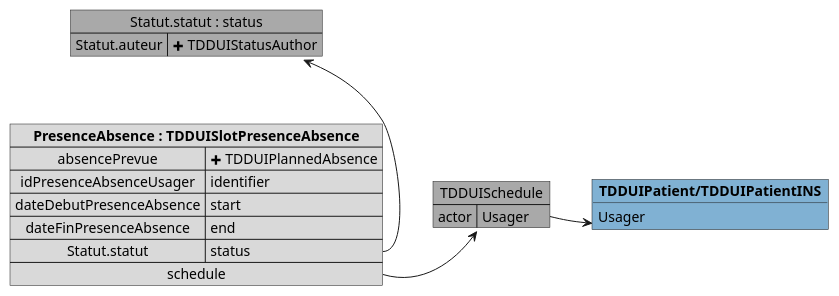
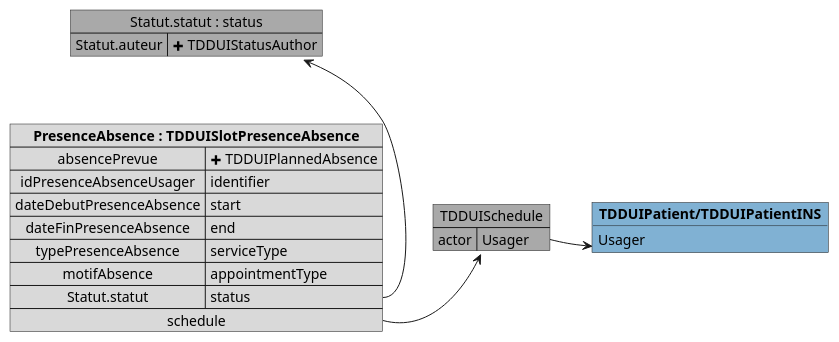
One commit to ansforge/IG-fhir-medicosocial-transfert-donnees-dui changed the diagram in input/images-source/mapping_TDDUISlotPresenceAbsence.plantuml. Above: the diagram before and after it, drawn with PlantUML. The commit also changed 3 other files, not shown here.

```diff
--- a/input/images-source/mapping_TDDUISlotPresenceAbsence.plantuml
+++ b/input/images-source/mapping_TDDUISlotPresenceAbsence.plantuml
@@ -1,27 +1,29 @@
 @startuml
 
 map "Statut.statut : status" as Statut #DarkGray {
     Statut.auteur => <&plus> TDDUIStatusAuthor
 }
 
 map "TDDUISchedule" as Schedule #DarkGray {
     actor => Usager
 }
 
 object "**TDDUIPatient/TDDUIPatientINS**" as TDDUIPatient_subject #80b1d3 {
     Usager
 }
 
 map "**PresenceAbsence : TDDUISlotPresenceAbsence**" as PresenceAbsence #d9d9d9 {
     absencePrevue => <&plus> TDDUIPlannedAbsence
     idPresenceAbsenceUsager => identifier
     dateDebutPresenceAbsence => start
     dateFinPresenceAbsence => end
+    typePresenceAbsence => serviceType
+    motifAbsence => appointmentType
     Statut.statut => status
     schedule *-> Schedule
 }
 
 PresenceAbsence::Statut.statut -u-> Statut
 Schedule::actor -> TDDUIPatient_subject
 
 @enduml
```
